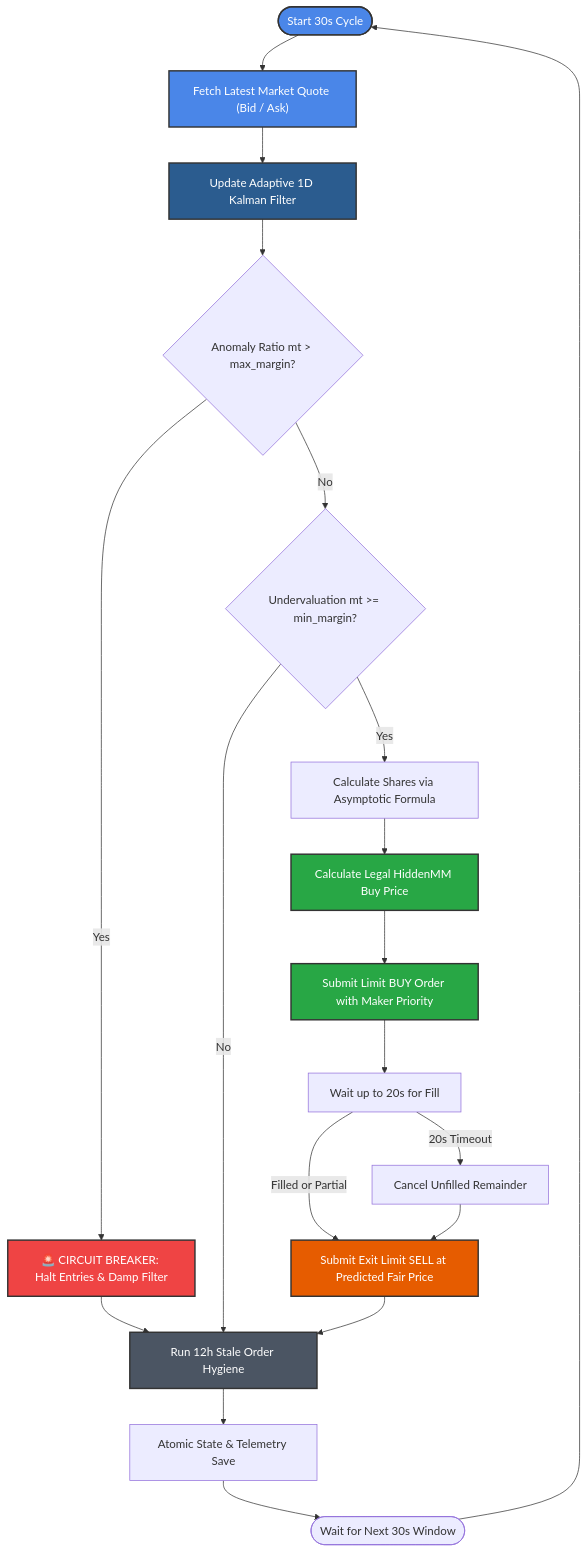
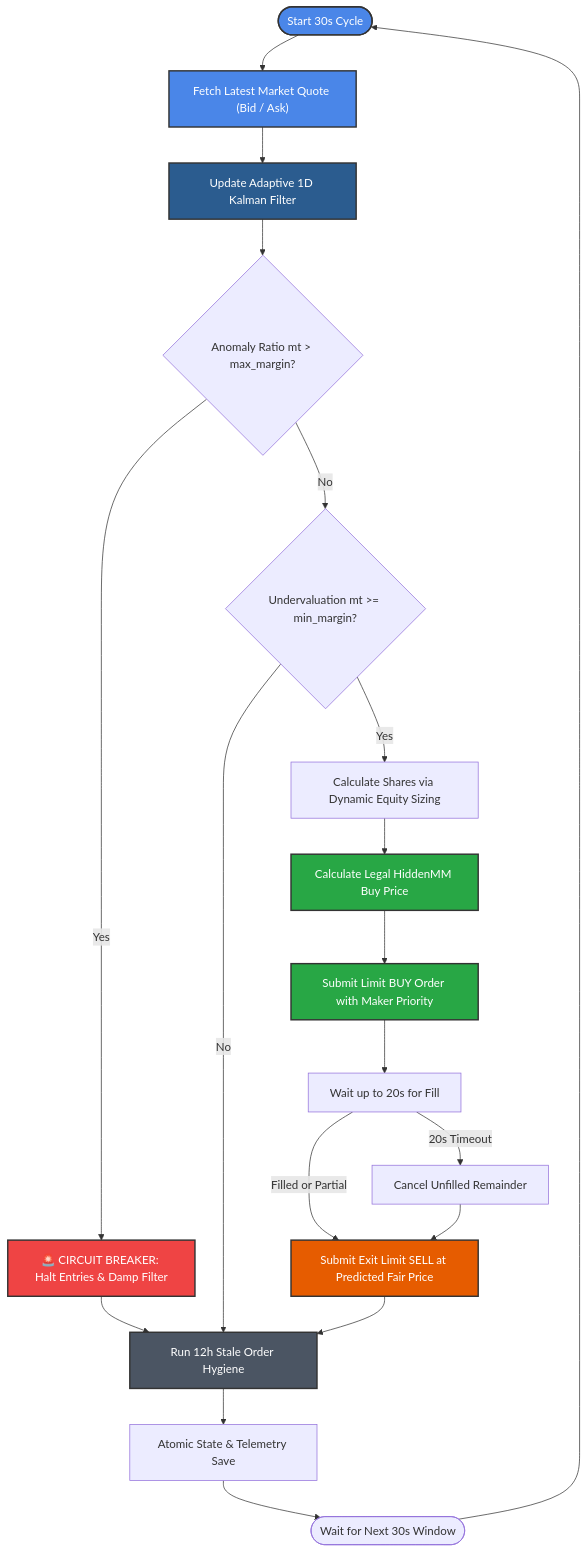
Before and after one commit to 4DR1455/anomalies_trading_algorithm_II: the second of 3 diagrams in README.md, drawn with Mermaid. The commit also changed other lines of this file and 10 other files, not shown here.

First line of the commit message:
feat(sizing): dynamic portfolio equity allocation & 3h profit optimization

````diff
--- a/README.md
+++ b/README.md
@@ -104,35 +145,35 @@
 ```mermaid
 flowchart TD
     A(["Start 30s Cycle"]) --> B["Fetch Latest Market Quote (Bid / Ask)"]
     B --> C["Update Adaptive 1D Kalman Filter"]
     C --> D{"Anomaly Ratio mt > max_margin?"}
     
     D -- "Yes" --> CB["🚨 CIRCUIT BREAKER: Halt Entries & Damp Filter"]
     CB --> H["Run 12h Stale Order Hygiene"]
     
     D -- "No" --> E{"Undervaluation mt >= min_margin?"}
     E -- "No" --> H
-    E -- "Yes" --> F["Calculate Shares via Asymptotic Formula"]
+    E -- "Yes" --> F["Calculate Shares via Dynamic Equity Sizing"]
     
     F --> G["Calculate Legal HiddenMM Buy Price"]
     G --> I["Submit Limit BUY Order with Maker Priority"]
     I --> J["Wait up to 20s for Fill"]
     
     J -- "Filled or Partial" --> K["Submit Exit Limit SELL at Predicted Fair Price"]
     J -- "20s Timeout" --> L["Cancel Unfilled Remainder"]
     L --> K
     
     K --> H
     H --> S["Atomic State & Telemetry Save"]
     S --> W(["Wait for Next 30s Window"])
     W --> A
 
     style A fill:#4a86e8,stroke:#333,stroke-width:2px,color:white
     style B fill:#4a86e8,stroke:#333,stroke-width:2px,color:white
     style C fill:#2b5c8f,stroke:#333,stroke-width:2px,color:white
     style CB fill:#ef4444,stroke:#333,stroke-width:2px,color:white
     style G fill:#28a745,stroke:#333,stroke-width:2px,color:white
     style I fill:#28a745,stroke:#333,stroke-width:2px,color:white
     style K fill:#e65c00,stroke:#333,stroke-width:2px,color:white
     style H fill:#4b5563,stroke:#333,stroke-width:2px,color:white
 ```
````
